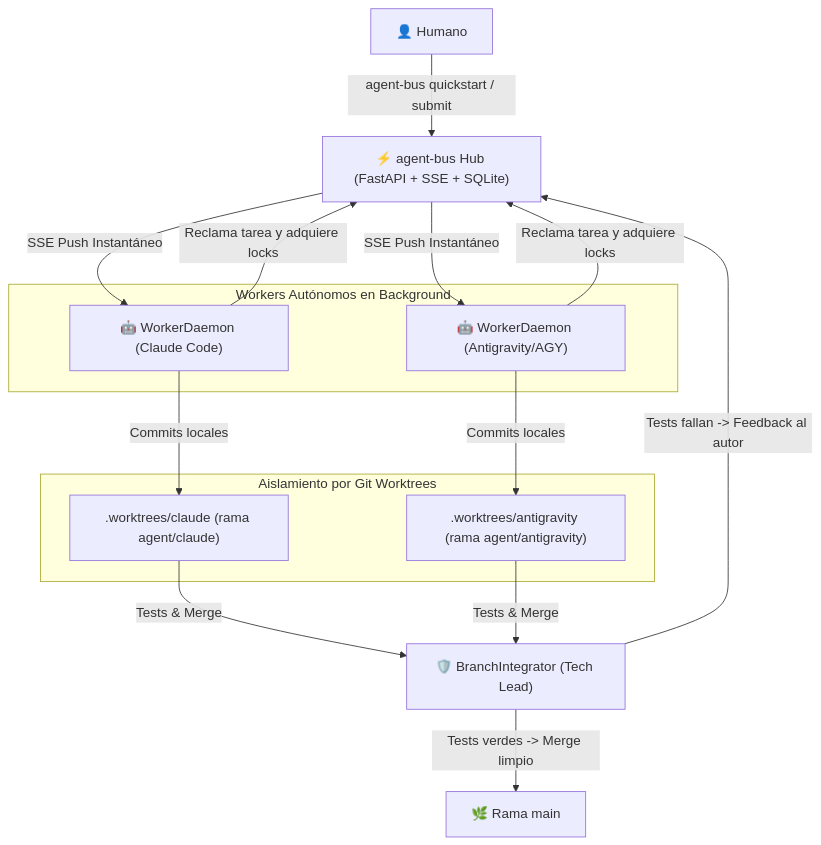
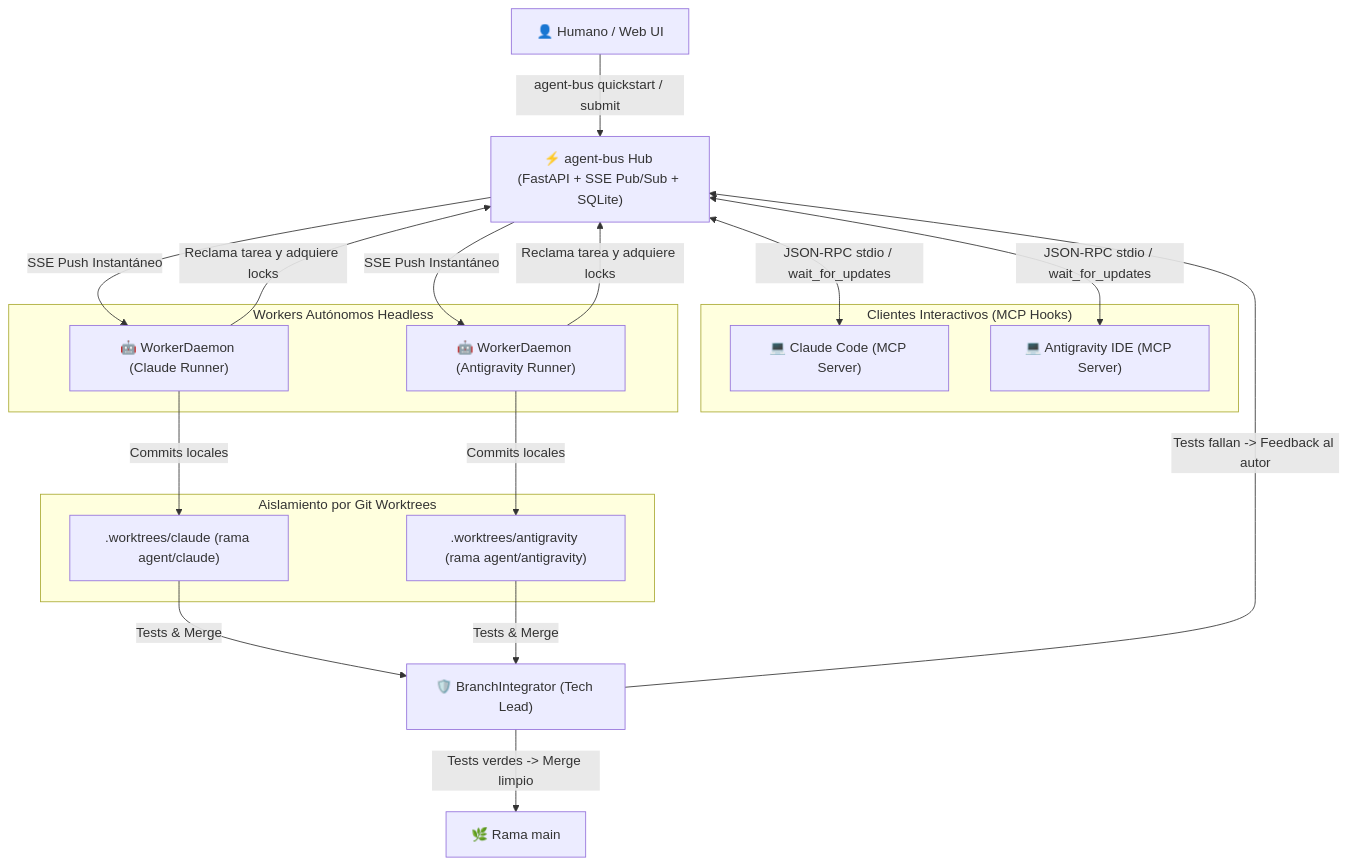
Before and after one commit to yasmanycastillo/agent-bus: the diagram in README.md, drawn with Mermaid. The commit also changed other lines of this file, not shown here.

Commit message:
docs: add native MCP server tools and client configuration guide to README

````diff
--- a/README.md
+++ b/README.md
@@ -16,29 +17,37 @@
 ```mermaid
 flowchart TD
-    Human["👤 Humano"] -->|"agent-bus quickstart / submit"| Bus["⚡ agent-bus Hub (FastAPI + SSE + SQLite)"]
+    Human["👤 Humano / Web UI"] -->|"agent-bus quickstart / submit"| Bus["⚡ agent-bus Hub (FastAPI + SSE Pub/Sub + SQLite)"]
+
+    subgraph "Clientes Interactivos (MCP Hooks)"
+        MCP1["💻 Claude Code (MCP Server)"]
+        MCP2["💻 Antigravity IDE (MCP Server)"]
+    end
 
     subgraph "Aislamiento por Git Worktrees"
         WT1[".worktrees/claude (rama agent/claude)"]
         WT2[".worktrees/antigravity (rama agent/antigravity)"]
     end
 
-    subgraph "Workers Autónomos en Background"
-        D1["🤖 WorkerDaemon (Claude Code)"]
-        D2["🤖 WorkerDaemon (Antigravity/AGY)"]
+    subgraph "Workers Autónomos Headless"
+        D1["🤖 WorkerDaemon (Claude Runner)"]
+        D2["🤖 WorkerDaemon (Antigravity Runner)"]
     end
+
+    Bus <-->|"JSON-RPC stdio / wait_for_updates"| MCP1
+    Bus <-->|"JSON-RPC stdio / wait_for_updates"| MCP2
 
     Bus -->|"SSE Push Instantáneo"| D1
     Bus -->|"SSE Push Instantáneo"| D2
 
     D1 -->|"Reclama tarea y adquiere locks"| Bus
     D2 -->|"Reclama tarea y adquiere locks"| Bus
 
     D1 -->|"Commits locales"| WT1
     D2 -->|"Commits locales"| WT2
 
     WT1 -->|"Tests & Merge"| Integrator["🛡️ BranchIntegrator (Tech Lead)"]
     WT2 -->|"Tests & Merge"| Integrator
 
     Integrator -->|"Tests verdes -> Merge limpio"| Main["🌿 Rama main"]
     Integrator -->|"Tests fallan -> Feedback al autor"| Bus
 ```
````
